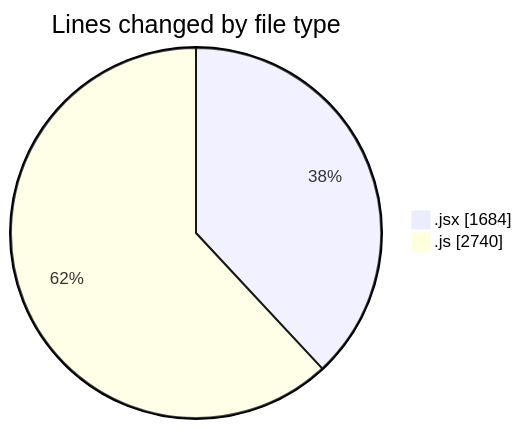
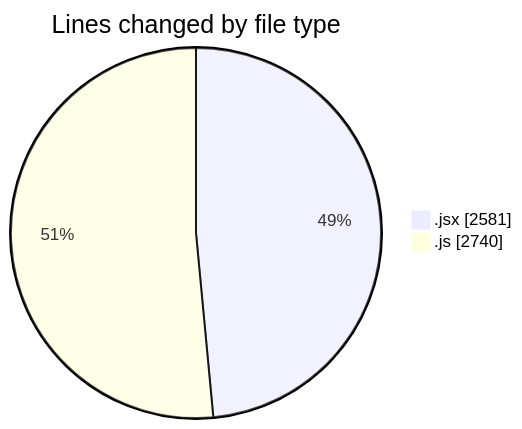
One commit to nxtqubesakshisongat/code-tracking changed the first of 2 diagrams in 2025-09-23/nxtqube_webapp/README.md. Above: the diagram before and after it, drawn with Mermaid. The commit also changed other lines of this file and 1 other file, not shown here.

````diff
--- a/2025-09-23/nxtqube_webapp/README.md
+++ b/2025-09-23/nxtqube_webapp/README.md
@@ -22,6 +23,6 @@
 ```mermaid
 pie showData
 title Lines changed by file type
-".jsx" : 1684
+".jsx" : 2581
 ".js" : 2740
 ```
````
